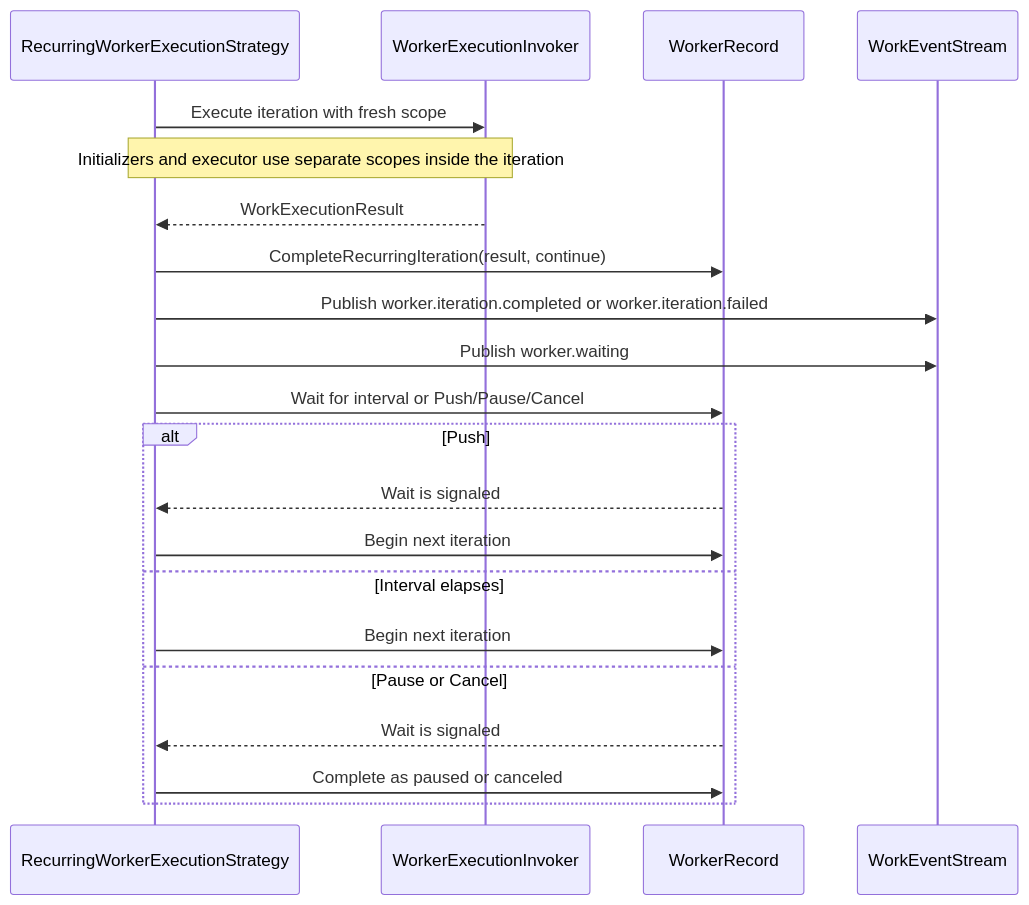
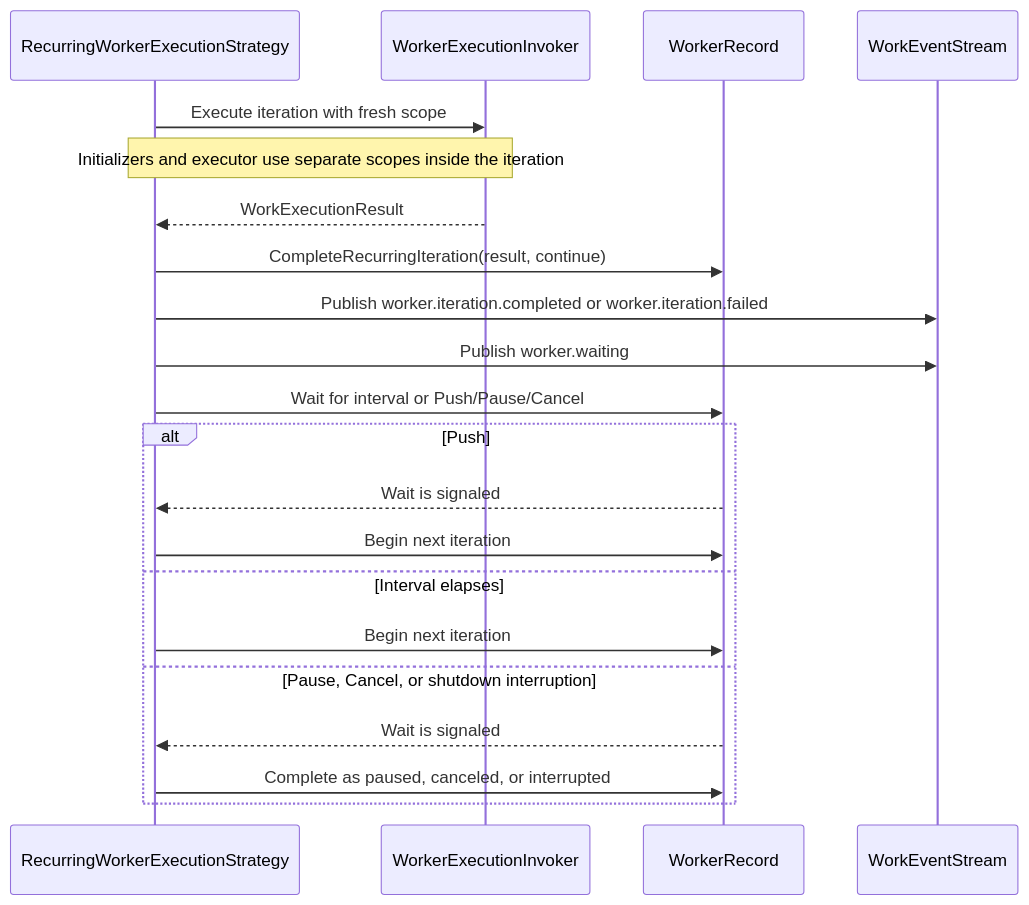
Before and after one commit to aliendomain/workable: the third of 5 diagrams in docs/work-lifecycle.md, drawn with Mermaid. The commit also changed other lines of this file and 105 other files, not shown here.

````diff
--- a/docs/work-lifecycle.md
+++ b/docs/work-lifecycle.md
@@ -100,25 +102,25 @@
 ```mermaid
 sequenceDiagram
     participant Strategy as RecurringWorkerExecutionStrategy
     participant Invoker as WorkerExecutionInvoker
     participant Record as WorkerRecord
     participant Events as WorkEventStream
 
     Strategy->>Invoker: Execute iteration with fresh scope
     Note over Strategy,Invoker: Initializers and executor use separate scopes inside the iteration
     Invoker-->>Strategy: WorkExecutionResult
     Strategy->>Record: CompleteRecurringIteration(result, continue)
     Strategy->>Events: Publish worker.iteration.completed or worker.iteration.failed
     Strategy->>Events: Publish worker.waiting
     Strategy->>Record: Wait for interval or Push/Pause/Cancel
 
     alt Push
         Record-->>Strategy: Wait is signaled
         Strategy->>Record: Begin next iteration
     else Interval elapses
         Strategy->>Record: Begin next iteration
-    else Pause or Cancel
+    else Pause, Cancel, or shutdown interruption
         Record-->>Strategy: Wait is signaled
-        Strategy->>Record: Complete as paused or canceled
+        Strategy->>Record: Complete as paused, canceled, or interrupted
     end
 ```
````
